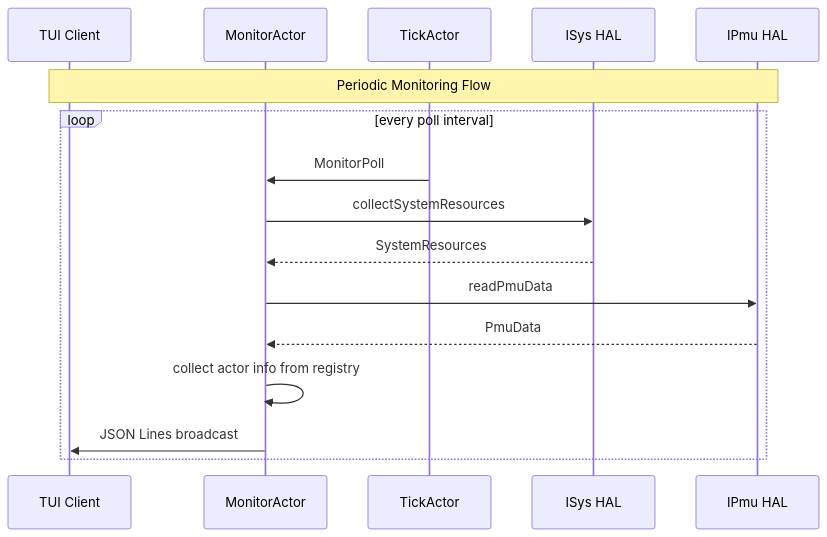
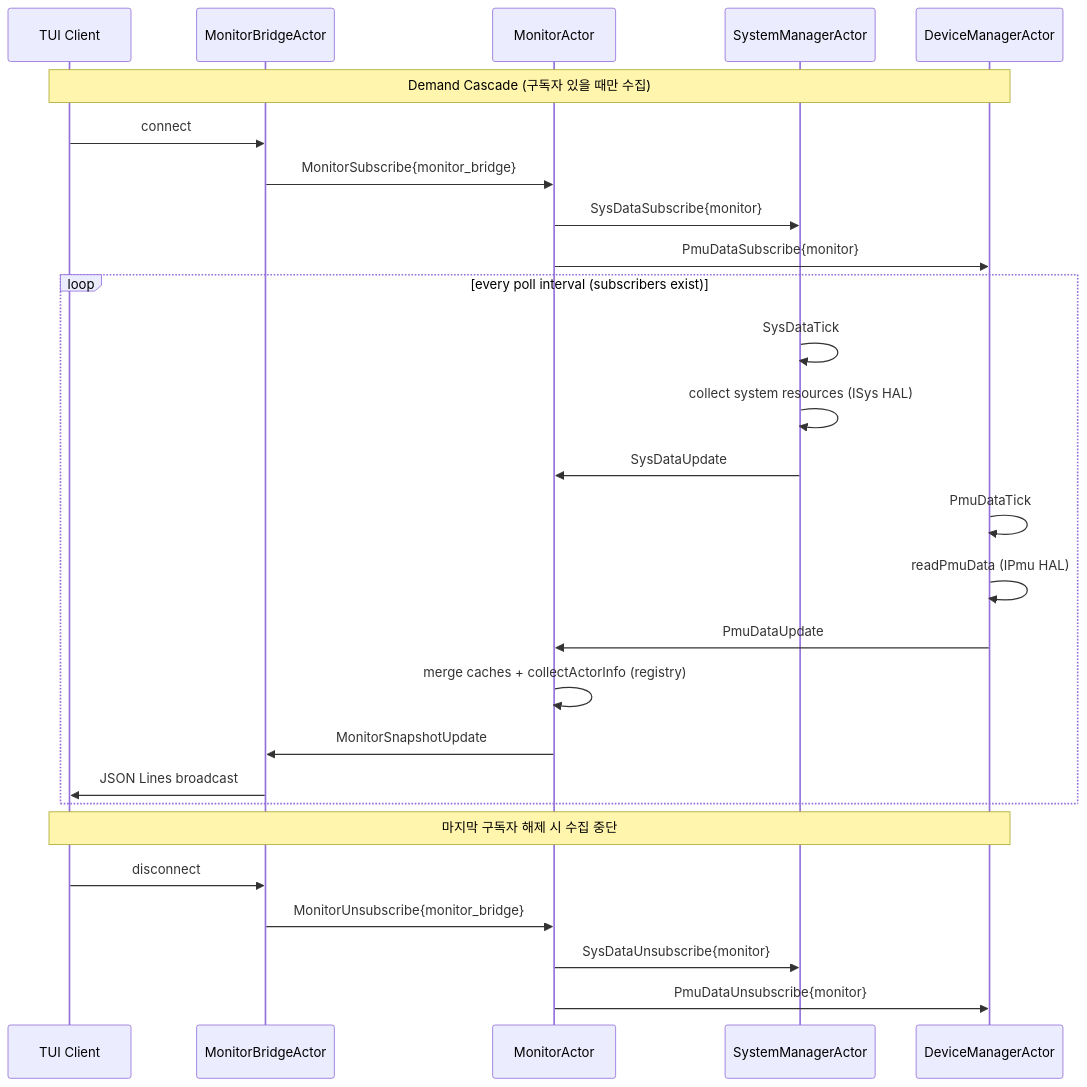
The seventh of 9 diagrams in README.md (shoenkh15324/V2-Engine), drawn with Mermaid before and after one commit. The commit also changed other lines of this file and 8 other files, not shown here.

````diff
--- a/README.md
+++ b/README.md
@@ -411,19 +424,32 @@
 ```mermaid
 sequenceDiagram
     participant CLI as TUI Client
+    participant BR as MonitorBridgeActor
     participant Mon as MonitorActor
-    participant Tick as TickActor
-    participant SYS as ISys HAL
-    participant PMU as IPmu HAL
+    participant SYS as SystemManagerActor
+    participant PMU as DeviceManagerActor
 
-    Note over CLI,PMU: Periodic Monitoring Flow
-    loop every poll interval
-        Tick->>Mon: MonitorPoll
-        Mon->>SYS: collectSystemResources
-        SYS-->>Mon: SystemResources
-        Mon->>PMU: readPmuData
-        PMU-->>Mon: PmuData
-        Mon->>Mon: collect actor info from registry
-        Mon->>CLI: JSON Lines broadcast
+    Note over CLI,PMU: Demand Cascade (구독자 있을 때만 수집)
+    CLI->>BR: connect
+    BR->>Mon: MonitorSubscribe{monitor_bridge}
+    Mon->>SYS: SysDataSubscribe{monitor}
+    Mon->>PMU: PmuDataSubscribe{monitor}
+
+    loop every poll interval (subscribers exist)
+        SYS->>SYS: SysDataTick
+        SYS->>SYS: collect system resources (ISys HAL)
+        SYS->>Mon: SysDataUpdate
+        PMU->>PMU: PmuDataTick
+        PMU->>PMU: readPmuData (IPmu HAL)
+        PMU->>Mon: PmuDataUpdate
+        Mon->>Mon: merge caches + collectActorInfo (registry)
+        Mon->>BR: MonitorSnapshotUpdate
+        BR->>CLI: JSON Lines broadcast
     end
+
+    Note over CLI,PMU: 마지막 구독자 해제 시 수집 중단
+    CLI->>BR: disconnect
+    BR->>Mon: MonitorUnsubscribe{monitor_bridge}
+    Mon->>SYS: SysDataUnsubscribe{monitor}
+    Mon->>PMU: PmuDataUnsubscribe{monitor}
 ```
````
